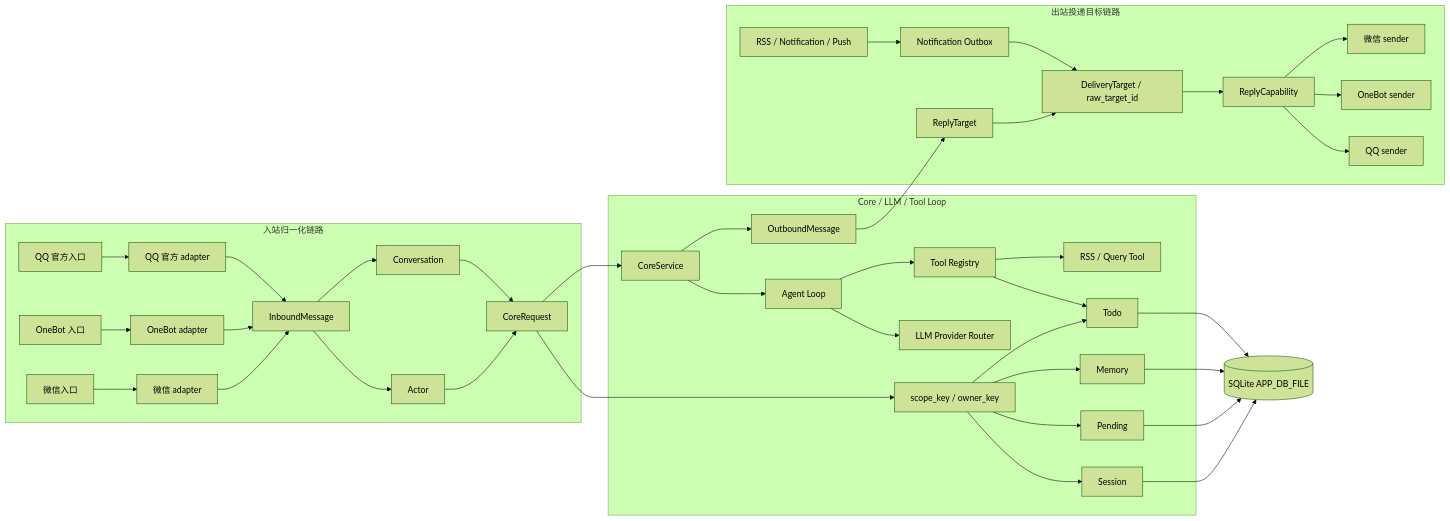
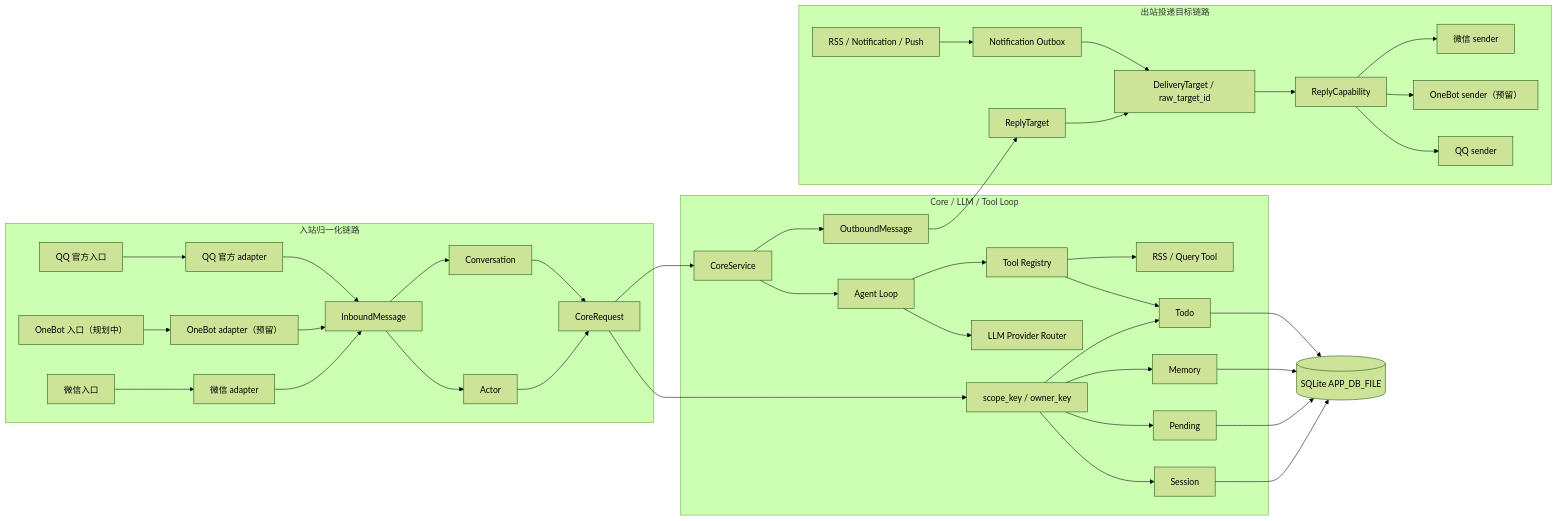
The first of 2 diagrams in README.md (kuliantnt/qq-maid-bot), drawn with Mermaid (forest theme) before and after one commit. The commit also changed other lines of this file and 3 other files, not shown here.

First line of the commit message:
[codex] 澄清微信长任务和 OneBot 状态

````diff
--- a/README.md
+++ b/README.md
@@ -305,46 +305,46 @@
 ```mermaid
 flowchart LR
     subgraph inbound["入站归一化链路"]
         qq["QQ 官方入口"] --> qq_adapter["QQ 官方 adapter"]
-        onebot["OneBot 入口"] --> onebot_adapter["OneBot adapter"]
+        onebot["OneBot 入口（规划中）"] --> onebot_adapter["OneBot adapter（预留）"]
         wechat["微信入口"] --> wechat_adapter["微信 adapter"]
         qq_adapter --> inbound_msg["InboundMessage"]
         onebot_adapter --> inbound_msg
         wechat_adapter --> inbound_msg
         inbound_msg --> actor["Actor"]
         inbound_msg --> conversation["Conversation"]
         actor --> core_request["CoreRequest"]
         conversation --> core_request
     end
 
     subgraph core["Core / LLM / Tool Loop"]
         core_request --> business_keys["scope_key / owner_key"]
         business_keys --> session["Session"]
         business_keys --> pending["Pending"]
         business_keys --> memory["Memory"]
         business_keys --> todo["Todo"]
         core_request --> core_service["CoreService"]
         core_service --> agent_loop["Agent Loop"]
         agent_loop --> llm["LLM Provider Router"]
         agent_loop --> tools["Tool Registry"]
         tools --> todo
         tools --> rss_tool["RSS / Query Tool"]
         core_service --> outbound_msg["OutboundMessage"]
     end
 
     subgraph delivery["出站投递目标链路"]
         outbound_msg --> reply_target["ReplyTarget"]
         reply_target --> delivery_target["DeliveryTarget / raw_target_id"]
         rss_push["RSS / Notification / Push"] --> notification_outbox["Notification Outbox"]
         notification_outbox --> delivery_target
         delivery_target --> capability["ReplyCapability"]
         capability --> qq_sender["QQ sender"]
-        capability --> onebot_sender["OneBot sender"]
+        capability --> onebot_sender["OneBot sender（预留）"]
         capability --> wechat_sender["微信 sender"]
     end
 
     session --> db[(SQLite APP_DB_FILE)]
     pending --> db
     memory --> db
     todo --> db
 ```
````
